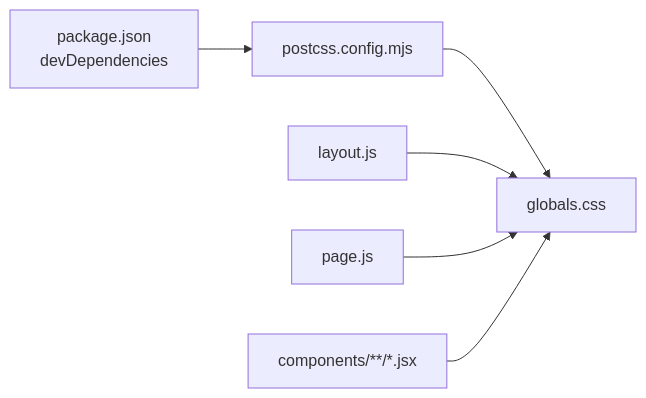
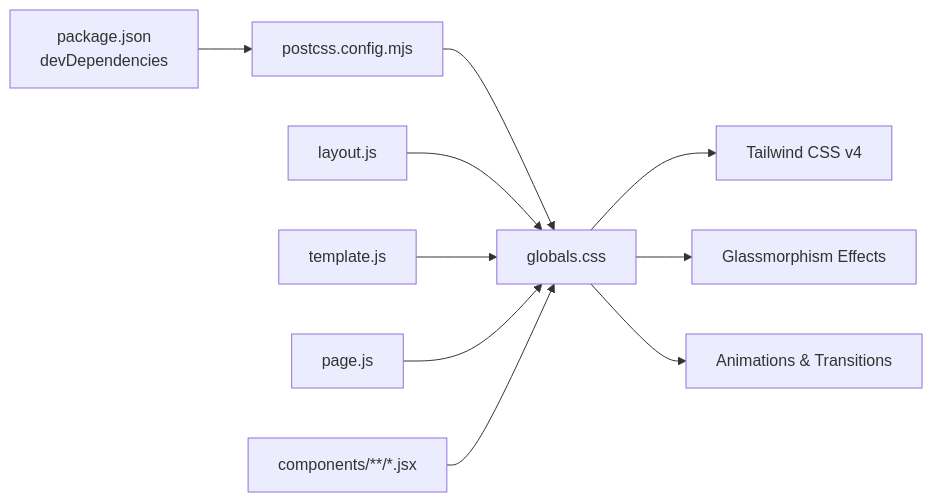
The third of 3 diagrams in .qoder/repowiki/en/content/Styling and Theming.md (emaanfatima312005-wq/emaan-portfolio), drawn with Mermaid before and after one commit. The commit also changed other lines of this file and 59 other files, not shown here.

````diff
--- a/.qoder/repowiki/en/content/Styling and Theming.md
+++ b/.qoder/repowiki/en/content/Styling and Theming.md
@@ -218,8 +291,12 @@
 ```mermaid
 graph LR
 Pkg["package.json<br/>devDependencies"] --> PCSS["postcss.config.mjs"]
 PCSS --> GCS["globals.css"]
 Layout["layout.js"] --> GCS
+Template["template.js"] --> GCS
 Pages["page.js"] --> GCS
 Sections["components/**/*.jsx"] --> GCS
+GCS --> TW["Tailwind CSS v4"]
+GCS --> FX["Glassmorphism Effects"]
+GCS --> ANIM["Animations & Transitions"]
 ```
````
